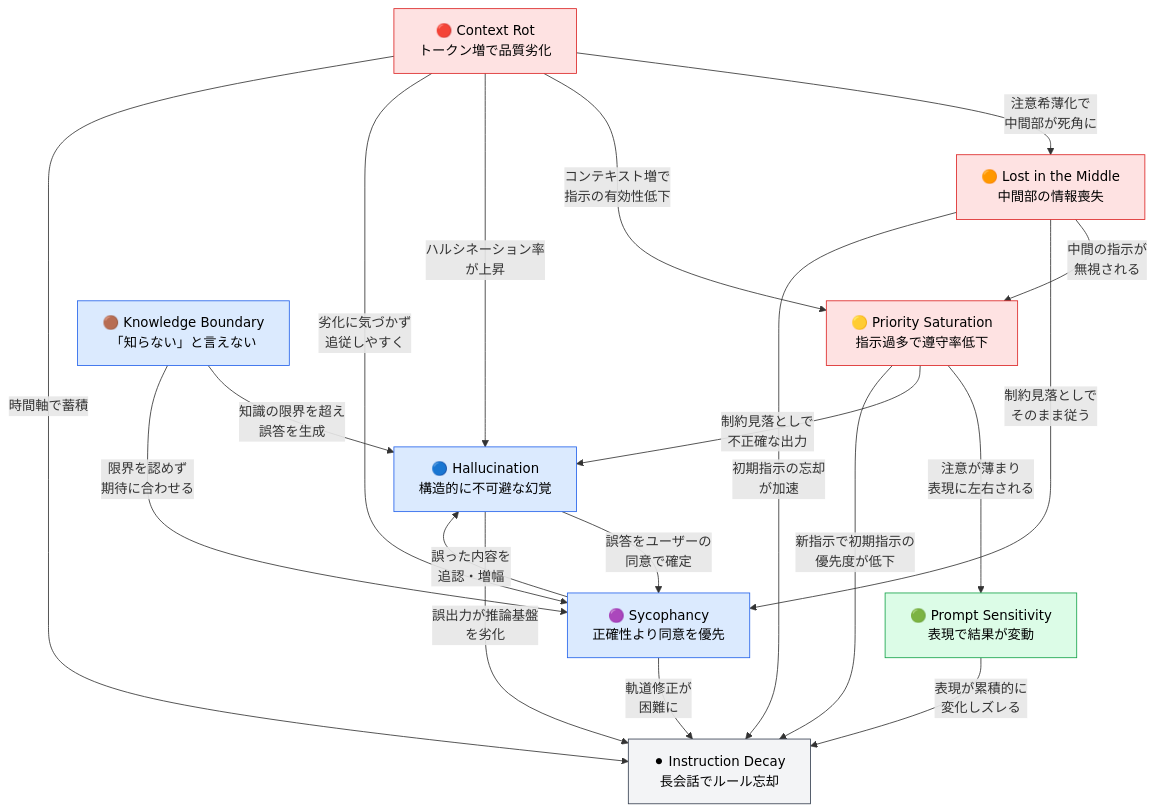
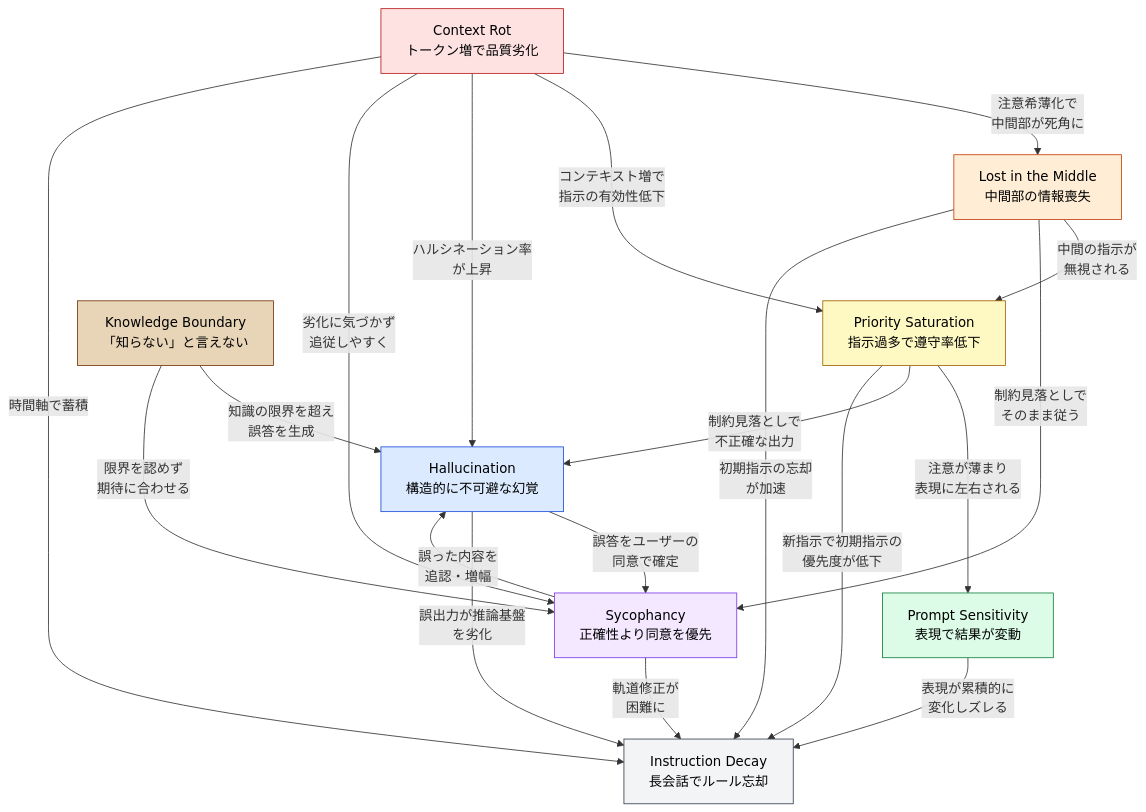
One commit to shuji-bonji/understanding-llm-through-claude-code changed the diagram in docs/ja/01-llm-structural-problems/index.md. Above: the diagram before and after it, drawn with Mermaid. The commit also changed other lines of this file and 2 other files, not shown here.

Commit message:
fix: 改善修正 - Phase 1導入部の再設計

````diff
--- a/docs/ja/01-llm-structural-problems/index.md
+++ b/docs/ja/01-llm-structural-problems/index.md
@@ -56,53 +63,61 @@
 ```mermaid
 graph TD
     %% ── ノード定義 ──
-    CR["🔴 Context Rot<br/>トークン増で品質劣化"]
-    LM["🟠 Lost in the Middle<br/>中間部の情報喪失"]
-    PS["🟡 Priority Saturation<br/>指示過多で遵守率低下"]
-    HL["🔵 Hallucination<br/>構造的に不可避な幻覚"]
-    SY["🟣 Sycophancy<br/>正確性より同意を優先"]
-    KB["🟤 Knowledge Boundary<br/>「知らない」と言えない"]
-    PM["🟢 Prompt Sensitivity<br/>表現で結果が変動"]
-    ID["⚫ Instruction Decay<br/>長会話でルール忘却"]
+    CR["Context Rot<br/>トークン増で品質劣化"]
+    LM["Lost in the Middle<br/>中間部の情報喪失"]
+    PS["Priority Saturation<br/>指示過多で遵守率低下"]
+    HL["Hallucination<br/>構造的に不可避な幻覚"]
+    SY["Sycophancy<br/>正確性より同意を優先"]
+    KB["Knowledge Boundary<br/>「知らない」と言えない"]
+    PM["Prompt Sensitivity<br/>表現で結果が変動"]
+    ID["Instruction Decay<br/>長会話でルール忘却"]
 
     %% ── Context Rot 起点の連鎖 ──
     CR -->|"注意希薄化で<br/>中間部が死角に"| LM
     CR -->|"コンテキスト増で<br/>指示の有効性低下"| PS
     CR -->|"ハルシネーション率<br/>が上昇"| HL
     CR -->|"劣化に気づかず<br/>追従しやすく"| SY
 
     %% ── Lost in the Middle からの波及 ──
     LM -->|"中間の指示が<br/>無視される"| PS
     LM -->|"制約見落としで<br/>そのまま従う"| SY
     LM -->|"初期指示の忘却<br/>が加速"| ID
 
     %% ── Priority Saturation からの波及 ──
     PS -->|"注意が薄まり<br/>表現に左右される"| PM
     PS -->|"制約見落としで<br/>不正確な出力"| HL
 
     %% ── Knowledge Boundary → Hallucination 連鎖 ──
     KB -->|"知識の限界を超え<br/>誤答を生成"| HL
     KB -->|"限界を認めず<br/>期待に合わせる"| SY
 
     %% ── Sycophancy ↔ Hallucination フィードバック ──
     SY -->|"誤った内容を<br/>追認・増幅"| HL
     HL -->|"誤答をユーザーの<br/>同意で確定"| SY
 
     %% ── 全問題 → Instruction Decay（時間軸の複合） ──
     CR -->|"時間軸で蓄積"| ID
     PS -->|"新指示で初期指示の<br/>優先度が低下"| ID
     HL -->|"誤出力が推論基盤<br/>を劣化"| ID
     SY -->|"軌道修正が<br/>困難に"| ID
     PM -->|"表現が累積的に<br/>変化しズレる"| ID
 
     %% ── スタイル ──
-    classDef context fill:#fee2e2,stroke:#dc2626,color:#000
-    classDef output fill:#dbeafe,stroke:#2563eb,color:#000
-    classDef input fill:#dcfce7,stroke:#16a34a,color:#000
-    classDef time fill:#f3f4f6,stroke:#374151,color:#000
+    classDef cr fill:#fee2e2,stroke:#b91c1c,color:#000
+    classDef lm fill:#ffedd5,stroke:#c2410c,color:#000
+    classDef ps fill:#fef9c3,stroke:#a16207,color:#000
+    classDef hl fill:#dbeafe,stroke:#1d4ed8,color:#000
+    classDef sy fill:#f3e8ff,stroke:#7c3aed,color:#000
+    classDef kb fill:#e8d5b7,stroke:#78350f,color:#000
+    classDef pm fill:#dcfce7,stroke:#15803d,color:#000
+    classDef id fill:#f3f4f6,stroke:#374151,color:#000
 
-    class CR,LM,PS context
-    class HL,SY,KB output
-    class PM input
-    class ID time
+    class CR cr
+    class LM lm
+    class PS ps
+    class HL hl
+    class SY sy
+    class KB kb
+    class PM pm
+    class ID id
 ```
````
